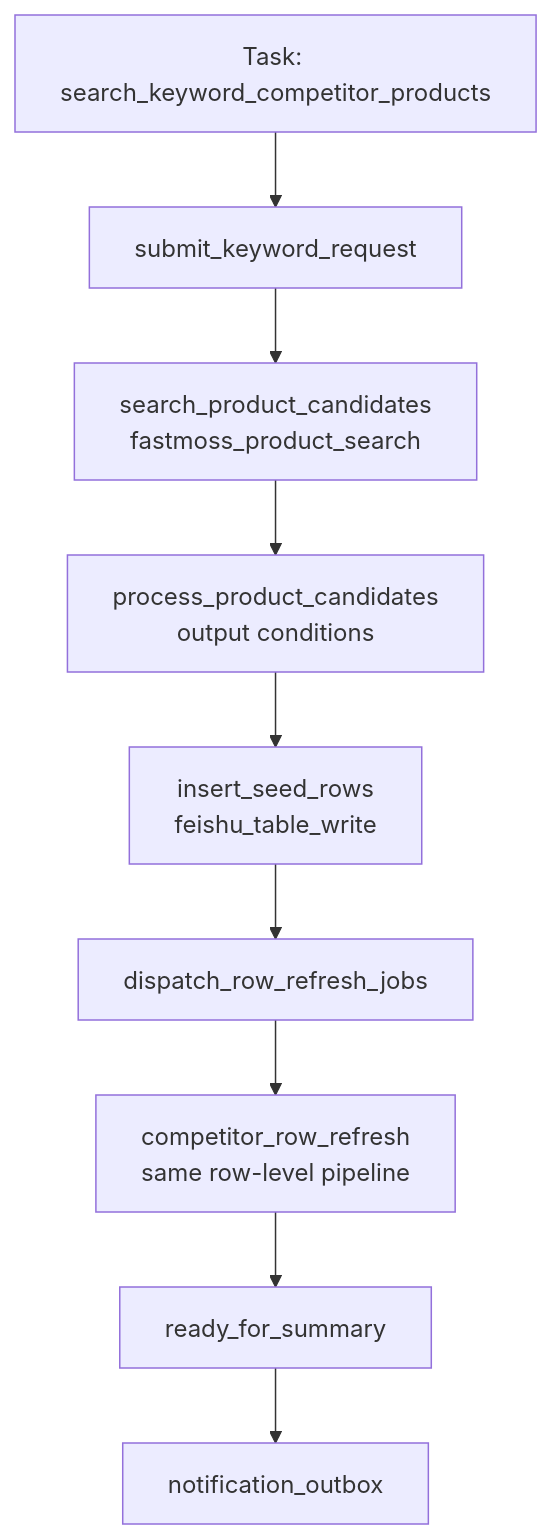
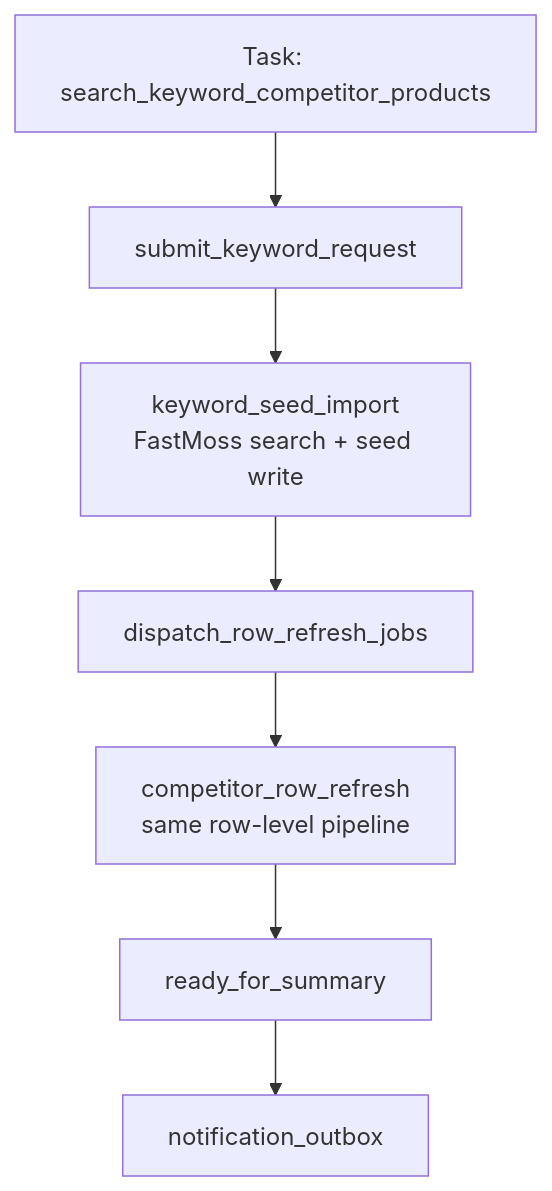
The fourth of 5 diagrams in docs/arch/workflow-competitor-table-design.md (knighterrantsky/mujitask), drawn with Mermaid before and after one commit. The commit also changed other lines of this file and 23 other files, not shown here.

Commit message:
Complete keyword competitor search workflow

````diff
--- a/docs/arch/workflow-competitor-table-design.md
+++ b/docs/arch/workflow-competitor-table-design.md
@@ -202,11 +202,9 @@
 ```mermaid
 flowchart TD
     A["Task: search_keyword_competitor_products"] --> B["submit_keyword_request"]
-    B --> C["search_product_candidates<br/>fastmoss_product_search"]
-    C --> D["process_product_candidates<br/>output conditions"]
-    D --> E["insert_seed_rows<br/>feishu_table_write"]
-    E --> F["dispatch_row_refresh_jobs"]
-    F --> G["competitor_row_refresh<br/>same row-level pipeline"]
-    G --> H["ready_for_summary"]
-    H --> I["notification_outbox"]
+    B --> C["keyword_seed_import<br/>FastMoss search + seed write"]
+    C --> D["dispatch_row_refresh_jobs"]
+    D --> E["competitor_row_refresh<br/>same row-level pipeline"]
+    E --> F["ready_for_summary"]
+    F --> G["notification_outbox"]
 ```
````
